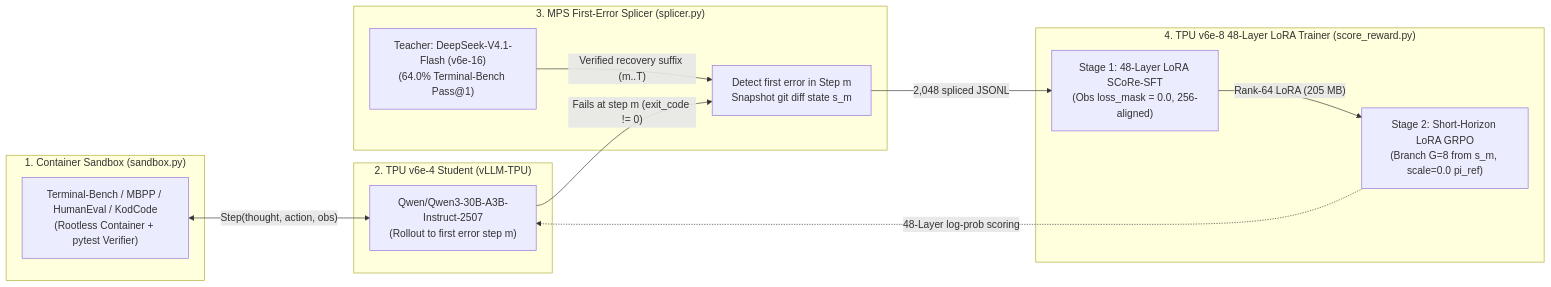
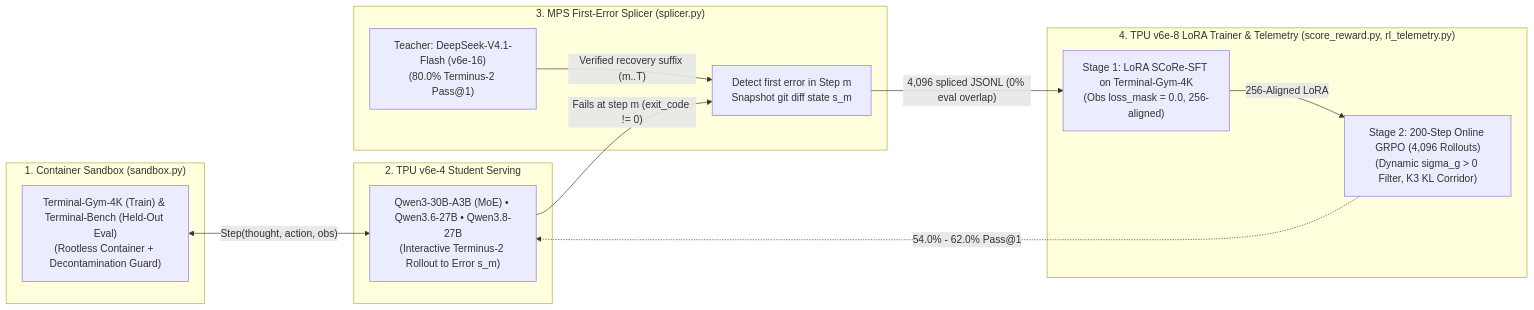
The diagram in docs/ARCHITECTURE.md (jawadaminGOOG/tpu-distil), drawn with Mermaid before and after one commit. The commit also changed other lines of this file and 14 other files, not shown here.

Commit message:
feat: add Terminus-2 harness, RL telemetry suite, and 3-student TPU v6e distillation results

````diff
--- a/docs/ARCHITECTURE.md
+++ b/docs/ARCHITECTURE.md
@@ -41,27 +43,27 @@
 ```mermaid
 flowchart LR
     subgraph Env["1. Container Sandbox (sandbox.py)"]
-        TB["Terminal-Bench / MBPP / HumanEval / KodCode\n(Rootless Container + pytest Verifier)"]
+        TB["Terminal-Gym-4K (Train) & Terminal-Bench (Held-Out Eval)\n(Rootless Container + Decontamination Guard)"]
     end
 
-    subgraph Student["2. TPU v6e-4 Student (vLLM-TPU)"]
-        Q3["Qwen/Qwen3-30B-A3B-Instruct-2507\n(Rollout to first error step m)"]
+    subgraph Student["2. TPU v6e-4 Student Serving"]
+        Q3["Qwen3-30B-A3B (MoE) • Qwen3.6-27B • Qwen3.8-27B\n(Interactive Terminus-2 Rollout to Error s_m)"]
     end
 
     subgraph Splicer["3. MPS First-Error Splicer (splicer.py)"]
         MPS["Detect first error in Step m\nSnapshot git diff state s_m"]
-        T["Teacher: DeepSeek-V4.1-Flash (v6e-16)\n(64.0% Terminal-Bench Pass@1)"]
+        T["Teacher: DeepSeek-V4.1-Flash (v6e-16)\n(80.0% Terminus-2 Pass@1)"]
     end
 
-    subgraph Trainer["4. TPU v6e-8 48-Layer LoRA Trainer (score_reward.py)"]
-        SFT["Stage 1: 48-Layer LoRA SCoRe-SFT\n(Obs loss_mask = 0.0, 256-aligned)"]
-        RL["Stage 2: Short-Horizon LoRA GRPO\n(Branch G=8 from s_m, scale=0.0 pi_ref)"]
+    subgraph Trainer["4. TPU v6e-8 LoRA Trainer & Telemetry (score_reward.py, rl_telemetry.py)"]
+        SFT["Stage 1: LoRA SCoRe-SFT on Terminal-Gym-4K\n(Obs loss_mask = 0.0, 256-aligned)"]
+        RL["Stage 2: 200-Step Online GRPO (4,096 Rollouts)\n(Dynamic sigma_g > 0 Filter, K3 KL Corridor)"]
     end
 
     TB <-->|"Step(thought, action, obs)"| Q3
     Q3 -->|"Fails at step m (exit_code != 0)"| MPS
     T -->|"Verified recovery suffix (m..T)"| MPS
-    MPS -->|"2,048 spliced JSONL"| SFT
-    SFT -->|"Rank-64 LoRA (205 MB)"| RL
-    RL -.->|"48-Layer log-prob scoring"| Q3
+    MPS -->|"4,096 spliced JSONL (0% eval overlap)"| SFT
+    SFT -->|"256-Aligned LoRA"| RL
+    RL -.->|"54.0% - 62.0% Pass@1"| Q3
 ```
````
